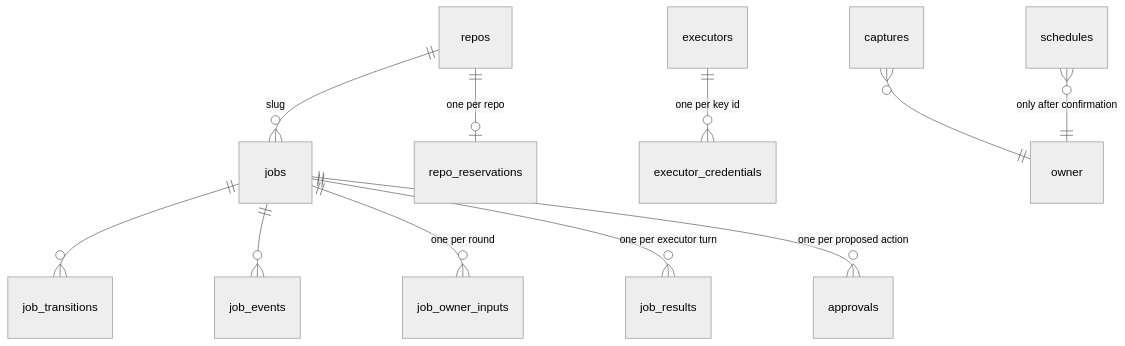
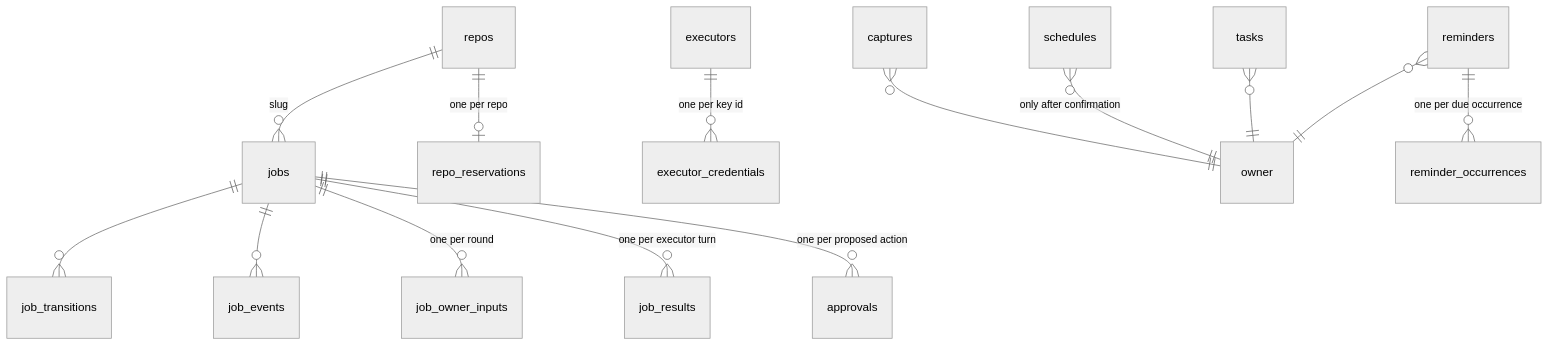
Before and after one commit to duckycodess/ducky-bot: the fourth of 4 diagrams in docs/ARCHITECTURE.md, drawn with Mermaid (neutral theme). The commit also changed other lines of this file and 42 other files, not shown here.

First line of the commit message:
feat(assistant): daily owner assistant — tasks, reminders, briefings

````diff
--- a/docs/ARCHITECTURE.md
+++ b/docs/ARCHITECTURE.md
@@ -212,13 +212,16 @@
 ```mermaid
 erDiagram
   repos ||--o{ jobs : "slug"
   repos ||--o| repo_reservations : "one per repo"
   jobs ||--o{ job_transitions : ""
   jobs ||--o{ job_events : ""
   jobs ||--o{ job_owner_inputs : "one per round"
   jobs ||--o{ job_results : "one per executor turn"
   jobs ||--o{ approvals : "one per proposed action"
   executors ||--o{ executor_credentials : "one per key id"
   captures }o--|| owner : ""
   schedules }o--|| owner : "only after confirmation"
+  tasks }o--|| owner : ""
+  reminders }o--|| owner : ""
+  reminders ||--o{ reminder_occurrences : "one per due occurrence"
 ```
````
